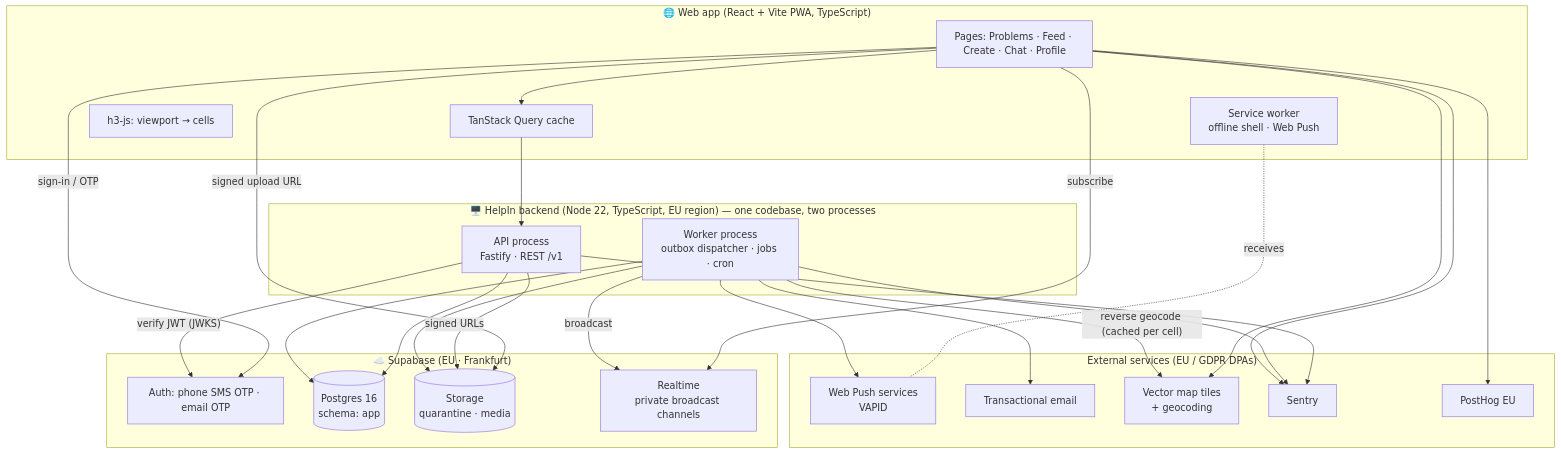
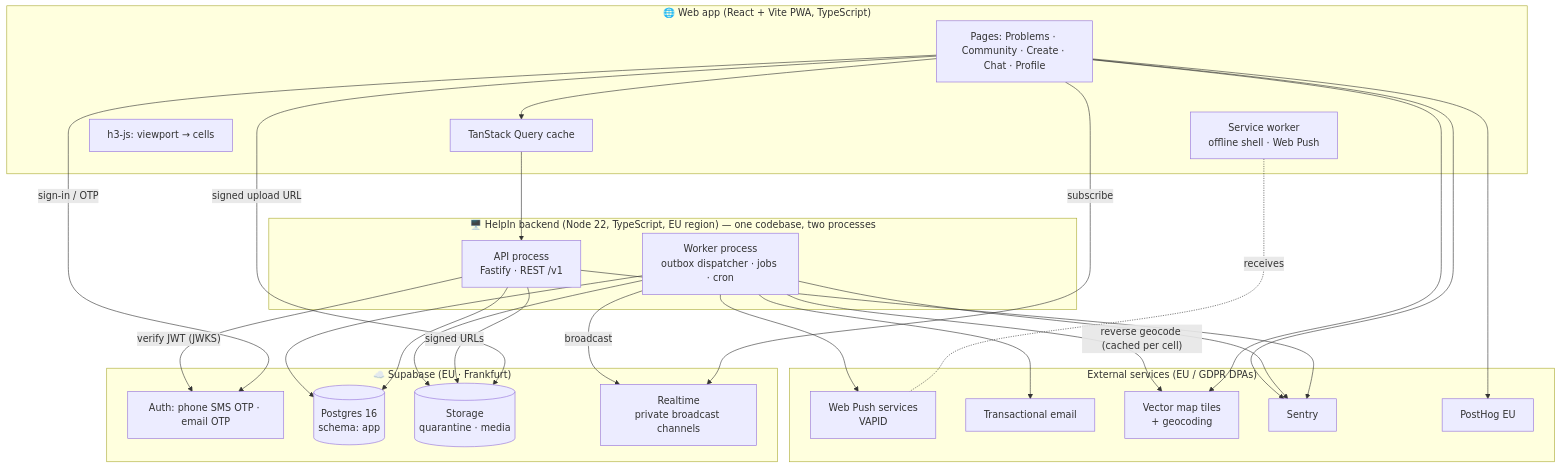
One commit to thedeepakreddy/HelpIN changed the first of 4 diagrams in docs/03-architecture.md. Above: the diagram before and after it, drawn with Mermaid. The commit also changed other lines of this file and 8 other files, not shown here.

````diff
--- a/docs/03-architecture.md
+++ b/docs/03-architecture.md
@@ -34,47 +34,47 @@
 ```mermaid
 flowchart TB
   subgraph Client["🌐 Web app (React + Vite PWA, TypeScript)"]
-    UI[Pages: Problems · Feed · Create · Chat · Profile]
+    UI[Pages: Problems · Community · Create · Chat · Profile]
     RQ[TanStack Query cache]
     H3c[h3-js: viewport → cells]
     SW[Service worker<br/>offline shell · Web Push]
   end
 
   subgraph Managed["☁️ Supabase (EU · Frankfurt)"]
     Auth[Auth: phone SMS OTP · email OTP]
     PG[(Postgres 16<br/>schema: app)]
     Store[(Storage<br/>quarantine · media)]
     RT[Realtime<br/>private broadcast channels]
   end
 
   subgraph Backend["🖥️ HelpIn backend (Node 22, TypeScript, EU region) — one codebase, two processes"]
     API[API process<br/>Fastify · REST /v1]
     W[Worker process<br/>outbox dispatcher · jobs · cron]
   end
 
   subgraph External["External services (EU / GDPR DPAs)"]
     Push[Web Push services<br/>VAPID]
     Mail[Transactional email]
     Tiles[Vector map tiles<br/>+ geocoding]
     Sentry[Sentry]
     PH[PostHog EU]
   end
 
   UI --> RQ --> API
   UI -- "sign-in / OTP" --> Auth
   UI -- "signed upload URL" --> Store
   UI -- "subscribe" --> RT
   UI --> Tiles
   SW -. receives .- Push
   API -- "verify JWT (JWKS)" --> Auth
   API --> PG
   API -- "signed URLs" --> Store
   W --> PG
   W --> Store
   W --> Push
   W --> Mail
   W -- "broadcast" --> RT
   W -- "reverse geocode (cached per cell)" --> Tiles
   API & W & UI --> Sentry
   UI --> PH
 ```
````
